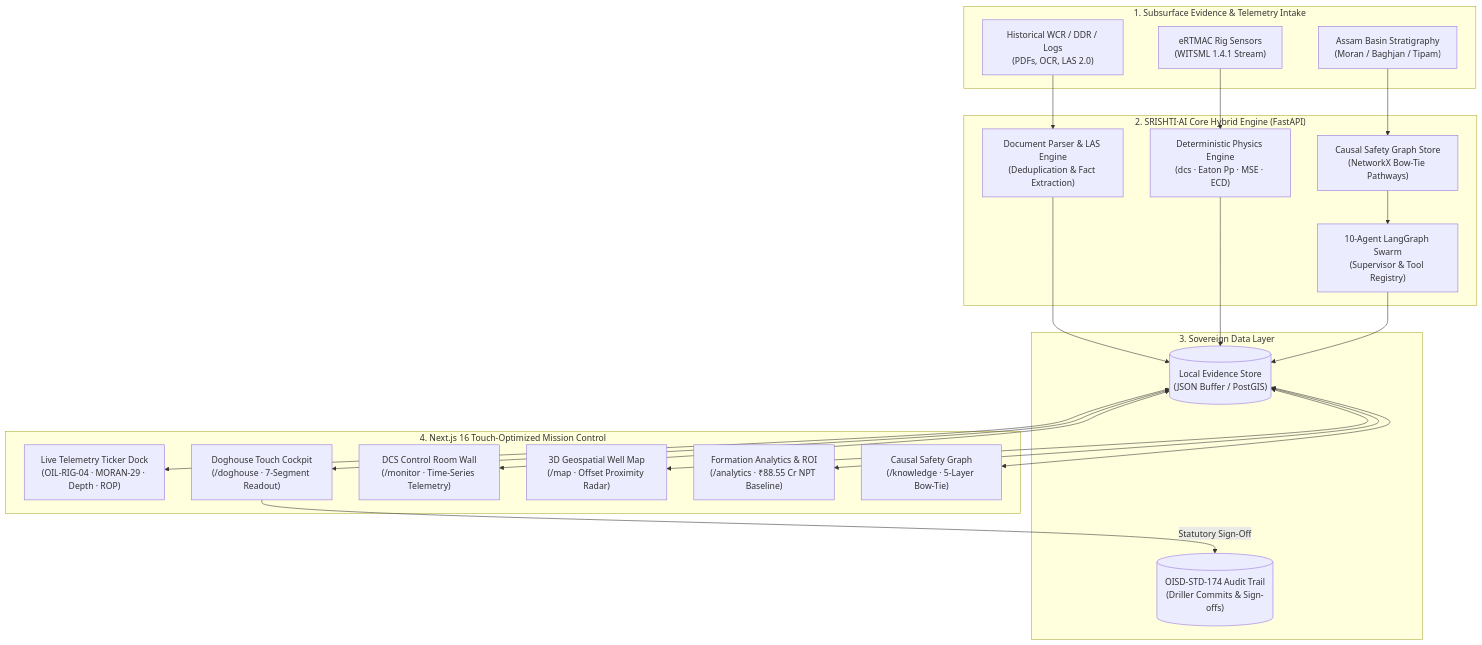
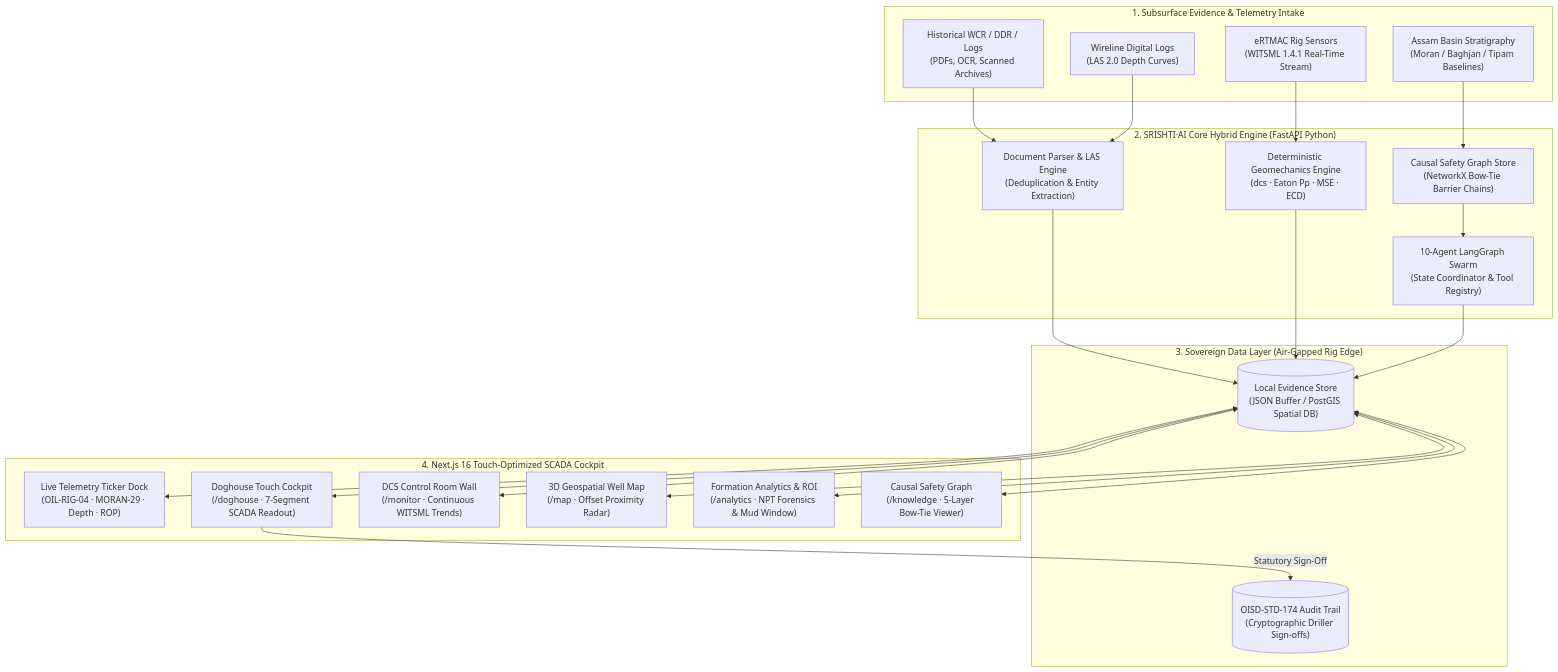
One commit to priy-anshugupta/SRISHTI-AI changed the diagram in README.md. Above: the diagram before and after it, drawn with Mermaid. The commit also changed other lines of this file and 3 other files, not shown here.

````diff
--- a/README.md
+++ b/README.md
@@ -70,45 +71,47 @@
 ```mermaid
 flowchart TB
     subgraph DataSources["1. Subsurface Evidence & Telemetry Intake"]
-        WCR["Historical WCR / DDR / Logs<br/>(PDFs, OCR, LAS 2.0)"]
-        WITSML["eRTMAC Rig Sensors<br/>(WITSML 1.4.1 Stream)"]
-        GeoDB["Assam Basin Stratigraphy<br/>(Moran / Baghjan / Tipam)"]
+        WCR["Historical WCR / DDR / Logs<br/>(PDFs, OCR, Scanned Archives)"]
+        LAS["Wireline Digital Logs<br/>(LAS 2.0 Depth Curves)"]
+        WITSML["eRTMAC Rig Sensors<br/>(WITSML 1.4.1 Real-Time Stream)"]
+        GeoDB["Assam Basin Stratigraphy<br/>(Moran / Baghjan / Tipam Baselines)"]
     end
 
-    subgraph CoreEngine["2. SRISHTI·AI Core Hybrid Engine (FastAPI)"]
-        Ingest["Document Parser & LAS Engine<br/>(Deduplication & Fact Extraction)"]
-        Physics["Deterministic Physics Engine<br/>(dcs · Eaton Pp · MSE · ECD)"]
-        Graph["Causal Safety Graph Store<br/>(NetworkX Bow-Tie Pathways)"]
-        Swarm["10-Agent LangGraph Swarm<br/>(Supervisor & Tool Registry)"]
+    subgraph CoreEngine["2. SRISHTI·AI Core Hybrid Engine (FastAPI Python)"]
+        Ingest["Document Parser & LAS Engine<br/>(Deduplication & Entity Extraction)"]
+        Physics["Deterministic Geomechanics Engine<br/>(dcs · Eaton Pp · MSE · ECD)"]
+        Graph["Causal Safety Graph Store<br/>(NetworkX Bow-Tie Barrier Chains)"]
+        Swarm["10-Agent LangGraph Swarm<br/>(State Coordinator & Tool Registry)"]
     end
 
-    subgraph StateAndStorage["3. Sovereign Data Layer"]
-        LocalStore[("Local Evidence Store<br/>(JSON Buffer / PostGIS)")]
-        AuditLog[("OISD-STD-174 Audit Trail<br/>(Driller Commits & Sign-offs)")]
+    subgraph StateAndStorage["3. Sovereign Data Layer (Air-Gapped Rig Edge)"]
+        LocalStore[("Local Evidence Store<br/>(JSON Buffer / PostGIS Spatial DB)")]
+        AuditLog[("OISD-STD-174 Audit Trail<br/>(Cryptographic Driller Sign-offs)")]
     end
 
-    subgraph FrontendSuite["4. Next.js 16 Touch-Optimized Mission Control"]
+    subgraph FrontendSuite["4. Next.js 16 Touch-Optimized SCADA Cockpit"]
         Topbar["Live Telemetry Ticker Dock<br/>(OIL-RIG-04 · MORAN-29 · Depth · ROP)"]
-        Doghouse["Doghouse Touch Cockpit<br/>(/doghouse · 7-Segment Readout)"]
-        DCS["DCS Control Room Wall<br/>(/monitor · Time-Series Telemetry)"]
+        Doghouse["Doghouse Touch Cockpit<br/>(/doghouse · 7-Segment SCADA Readout)"]
+        DCS["DCS Control Room Wall<br/>(/monitor · Continuous WITSML Trends)"]
         Map["3D Geospatial Well Map<br/>(/map · Offset Proximity Radar)"]
-        Analytics["Formation Analytics & ROI<br/>(/analytics · ₹88.55 Cr NPT Baseline)"]
-        Knowledge["Causal Safety Graph<br/>(/knowledge · 5-Layer Bow-Tie)"]
+        Analytics["Formation Analytics & ROI<br/>(/analytics · NPT Forensics & Mud Window)"]
+        Knowledge["Causal Safety Graph<br/>(/knowledge · 5-Layer Bow-Tie Viewer)"]
     end
 
     WCR --> Ingest
+    LAS --> Ingest
     WITSML --> Physics
     GeoDB --> Graph
     Ingest --> LocalStore
     Physics --> LocalStore
     Graph --> Swarm
     Swarm --> LocalStore
 
     LocalStore <--> Topbar
     LocalStore <--> Doghouse
     LocalStore <--> DCS
     LocalStore <--> Map
     LocalStore <--> Analytics
     LocalStore <--> Knowledge
     Doghouse -->|Statutory Sign-Off| AuditLog
 ```
````
